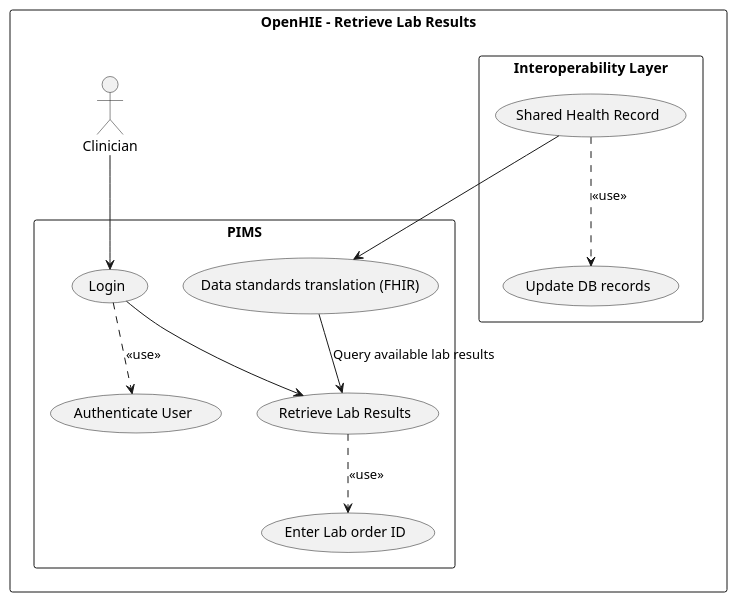
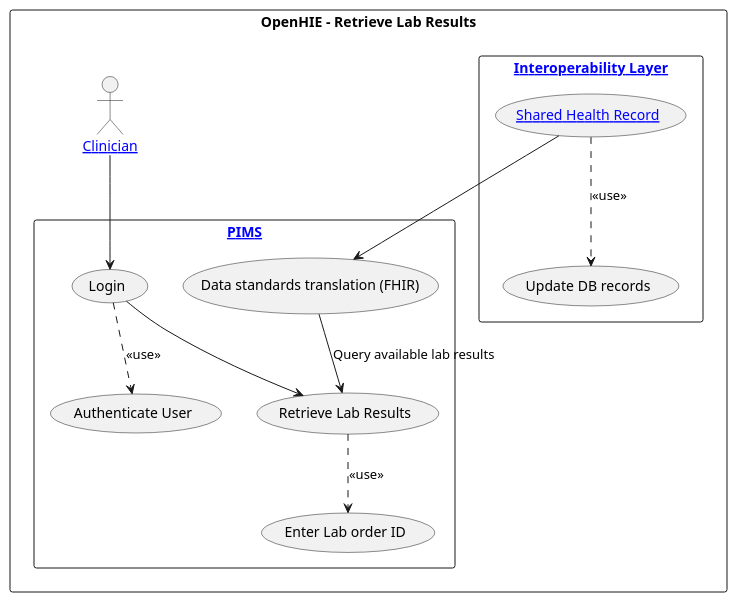
The diagram in input/images-source/retrieveLabResults.plantuml (jembi/botswana-hie-fhir-ig), drawn with PlantUML before and after one commit. The commit also changed 6 other files, not shown here.

```diff
--- a/input/images-source/retrieveLabResults.plantuml
+++ b/input/images-source/retrieveLabResults.plantuml
@@ -1,31 +1,31 @@
 @startuml RetrieveLabResults
 
 rectangle "OpenHIE - Retrieve Lab Results" as RetrieveLabResults {
-  actor "Clinician" as clinician
-    rectangle PIMS {
+  actor "[[ActorDefinition-ClinicianActorDefinitionExample.html Clinician]]" as clinician
+    rectangle "[[ActorDefinition-PIMSActorDefinitionExample.html PIMS]]" as PIMS {
   usecase "Login" as RLR1
   usecase "Authenticate User" as RLR2
   usecase "Retrieve Lab Results" as RLR3
   usecase "Enter Lab order ID" as RLR4
   usecase "Data standards translation (FHIR)" as RLR5
   }
 
 clinician --> RLR1
 
 (RLR1) ..> (RLR2) : "<<use>>"
 (RLR3) ..> (RLR4) : "<<use>>"
 
 RLR1 --> RLR3
 RLR5 --> RLR3 : "Query available lab results"
 
-  rectangle "Interoperability Layer" as IL {
+  rectangle "[[ActorDefinition-InteroperabilityLayerActorDefinitionExample.html Interoperability Layer]]" as IL {
   usecase "Update DB records" as IL1
-  usecase "Shared Health Record" as IL2
+  usecase "[[ActorDefinition-SHRActorDefinitionExample.html Shared Health Record]]" as IL2
   }
 
   IL2 --> RLR5
 
   (IL2) ..> (IL1) : "<<use>>"
 }
 
 @enduml
```
